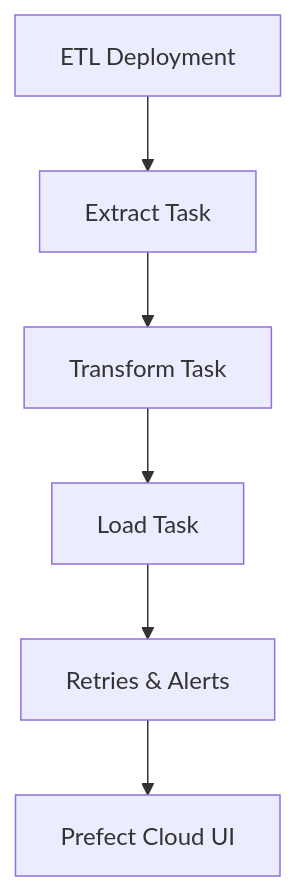
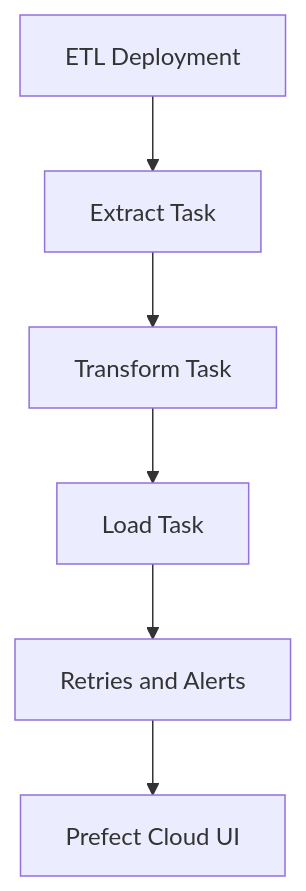
One commit to RicsonRamos/spacex_etl_pipeline changed the fourth of 4 diagrams in README.md. Above: the diagram before and after it, drawn with Mermaid. The commit also changed other lines of this file, not shown here.

````diff
--- a/README.md
+++ b/README.md
@@ -80,8 +76,8 @@
 ```mermaid
 graph TD
     A[ETL Deployment] --> B[Extract Task]
     B --> C[Transform Task]
     C --> D[Load Task]
-    D --> E[Retries & Alerts]
+    D --> E[Retries and Alerts]
     E --> F[Prefect Cloud UI]
 ```
````
